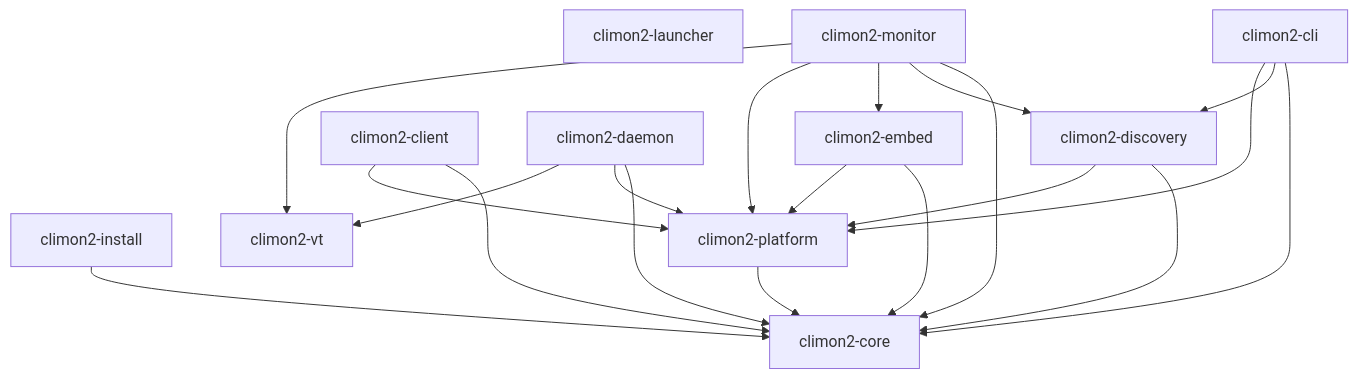
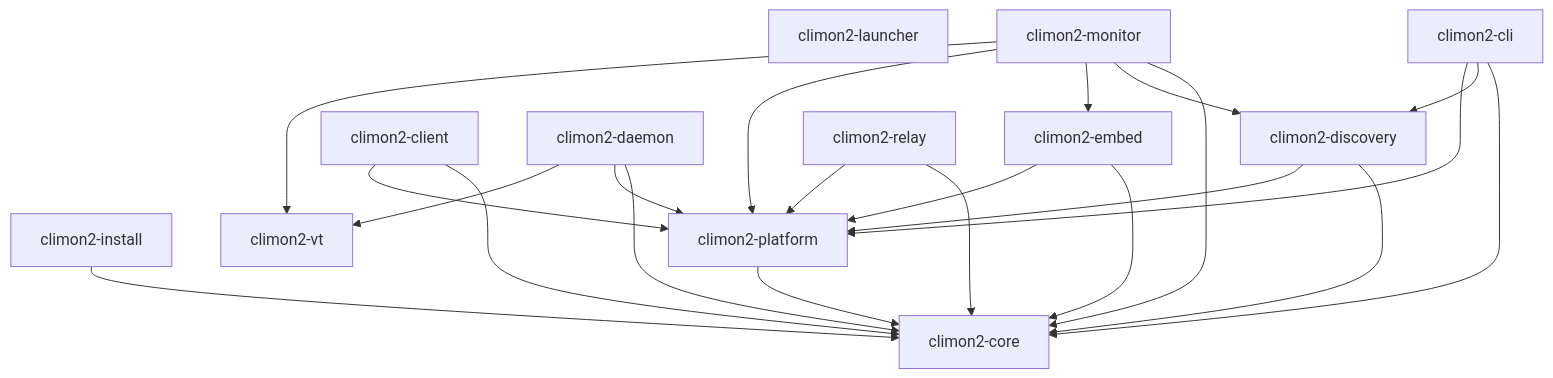
The first of 3 diagrams in docs/for-humans/architecture/crate-relationships.md (jackgeek/climon2), drawn with Mermaid before and after one commit. The commit also changed other lines of this file and 3 other files, not shown here.

First line of the commit message:
Draw the relay as built in the architecture documents (#499)

````diff
--- a/docs/for-humans/architecture/crate-relationships.md
+++ b/docs/for-humans/architecture/crate-relationships.md
@@ -14,34 +14,37 @@
 ```mermaid
 flowchart TB
     launcher["climon2-launcher"]
     cli["climon2-cli"]
     discovery["climon2-discovery"]
     client["climon2-client"]
     daemon["climon2-daemon"]
     install["climon2-install"]
     monitor["climon2-monitor"]
     embed["climon2-embed"]
+    relay["climon2-relay"]
     platform["climon2-platform"]
     core["climon2-core"]
     vt["climon2-vt"]
 
     cli --> core
     cli --> discovery
     cli --> platform
     discovery --> core
     discovery --> platform
     client --> core
     client --> platform
     daemon --> core
     daemon --> platform
     daemon --> vt
     install --> core
     embed --> core
     embed --> platform
     monitor --> core
     monitor --> discovery
     monitor --> embed
     monitor --> platform
     monitor --> vt
+    relay --> core
+    relay --> platform
     platform --> core
 ```
````
